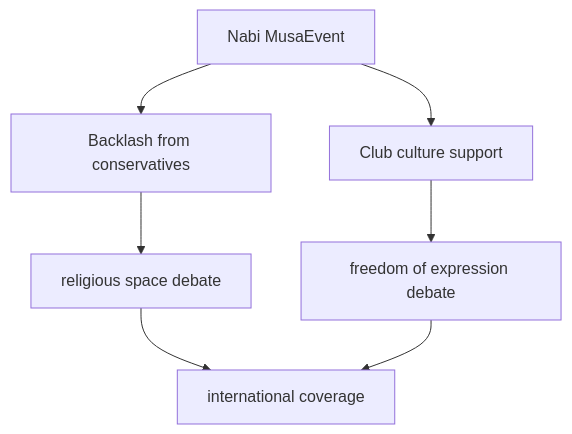
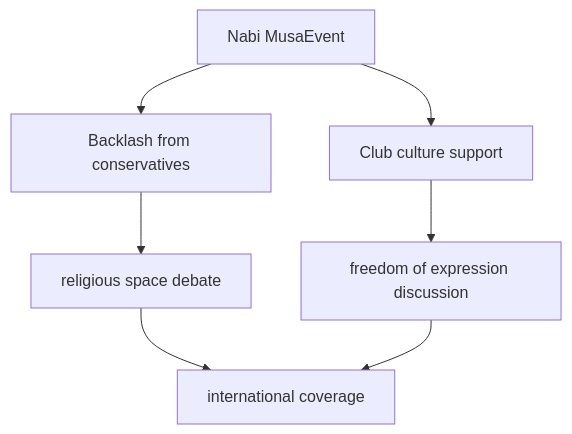
Before and after one commit to monumental-movement/monumental-movement.github.io: the fifth of 7 diagrams in en/_posts/2026-05-24-column-sama-abdulhadi.md, drawn with Mermaid. The commit also changed other lines of this file and 423 other files, not shown here.

```diff
--- a/en/_posts/2026-05-24-column-sama-abdulhadi.md
+++ b/en/_posts/2026-05-24-column-sama-abdulhadi.md
@@ -343,9 +343,9 @@
 <div class="mermaid">
 graph TD
 A[Nabi MusaEvent] --> B[Backlash from conservatives]
 A --> C[Club culture support]
 B --> D[religious space debate]
-C --> E[freedom of expression debate]
+C --> E[freedom of expression discussion]
 D --> F[international coverage]
 E --> F
 </div>
```
